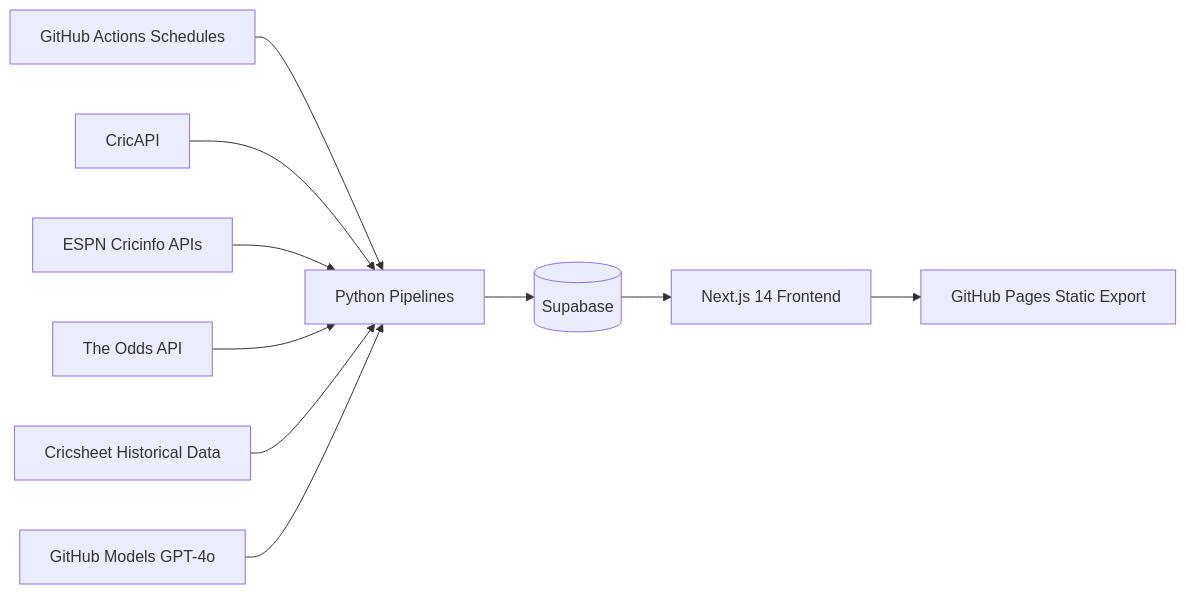
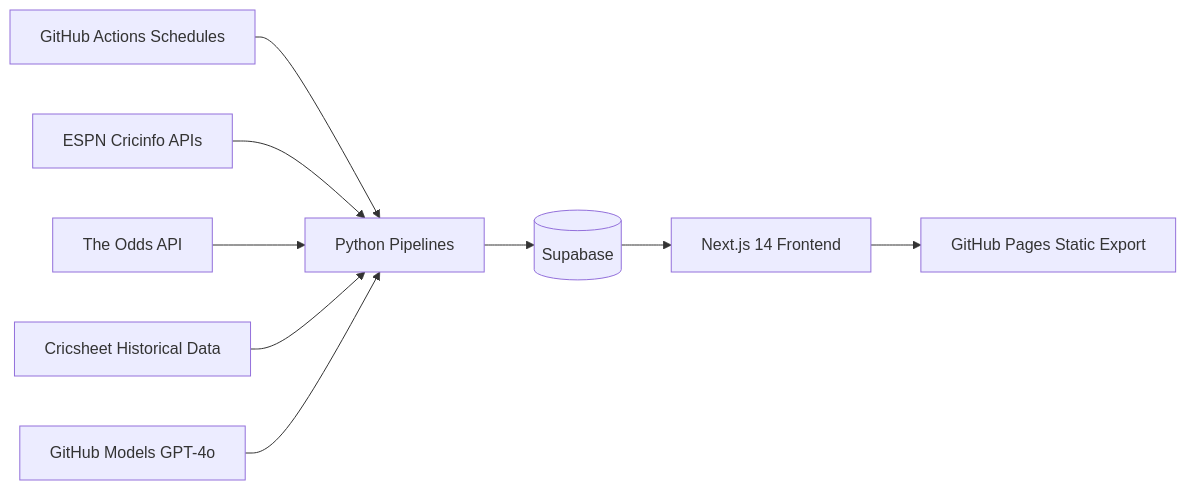
Before and after one commit to aman-deswal/cricket-predictor: the diagram in README.md, drawn with Mermaid. The commit also changed other lines of this file and 5 other files, not shown here.

````diff
--- a/README.md
+++ b/README.md
@@ -14,13 +14,12 @@
 ```mermaid
 flowchart LR
     A[GitHub Actions Schedules] --> B[Python Pipelines]
     B --> C[(Supabase)]
     C --> D[Next.js 14 Frontend]
     D --> E[GitHub Pages Static Export]
 
-    F[CricAPI] --> B
     G[ESPN Cricinfo APIs] --> B
     H[The Odds API] --> B
     I[Cricsheet Historical Data] --> B
     J[GitHub Models GPT-4o] --> B
 ```
````
